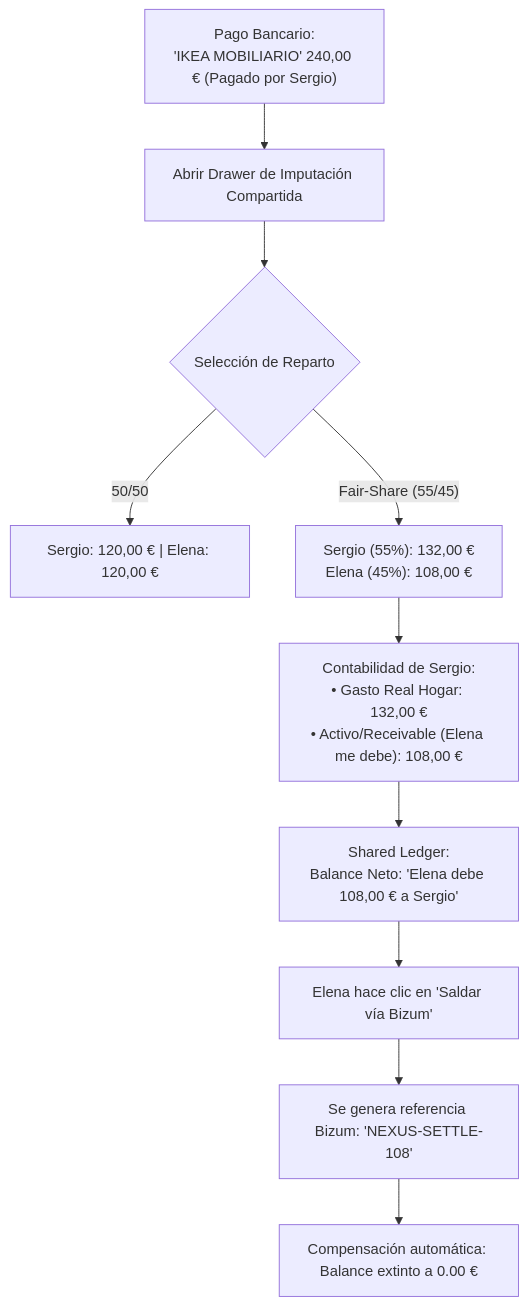
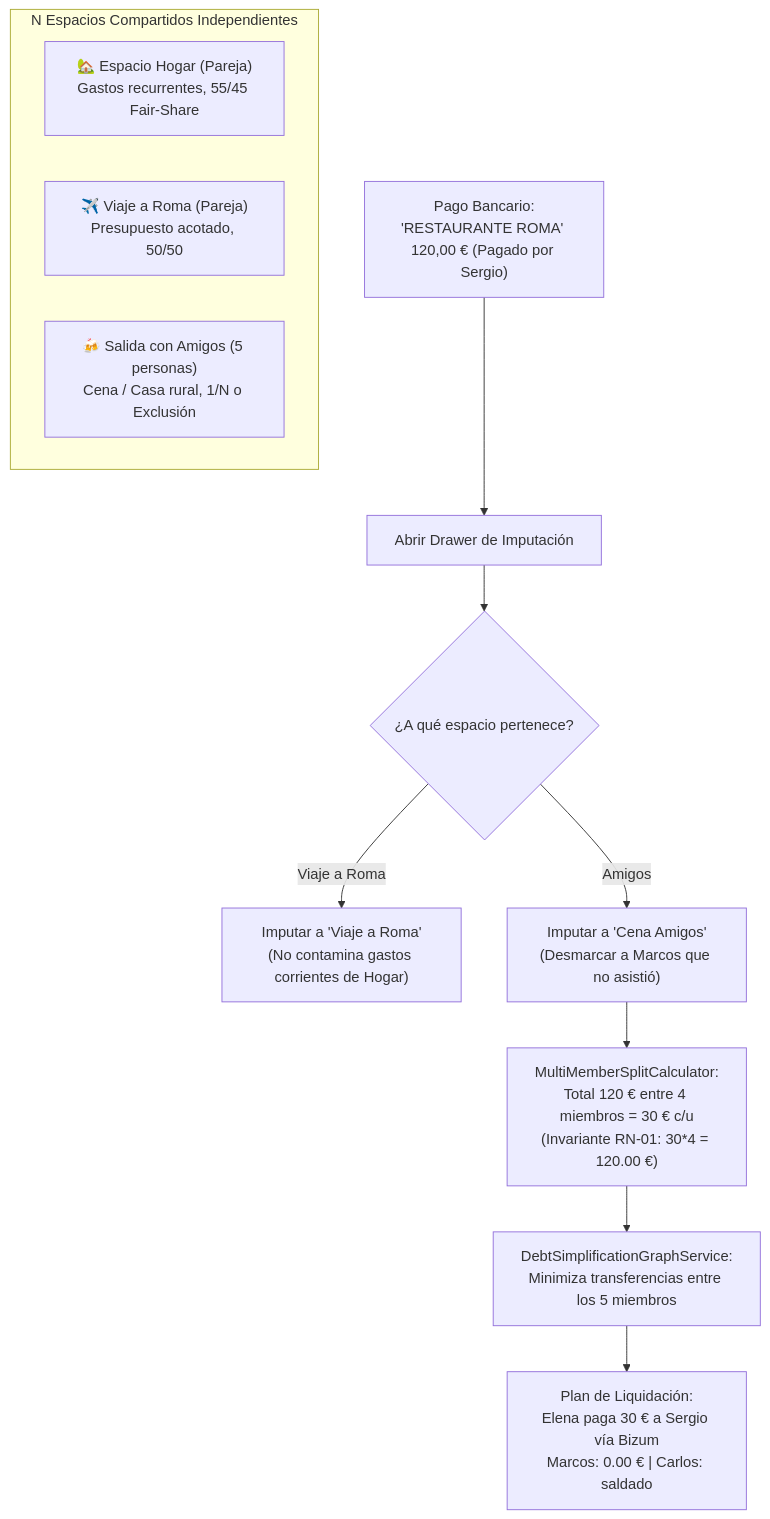
The sixth of 10 diagrams in docs/DOCUMENTO_FUNCIONAL_NEXUS_AURA.md (serchodm/Nexus), drawn with Mermaid before and after one commit. The commit also changed other lines of this file and 6 other files, not shown here.

Commit message:
feat: add comprehensive specification and tasks for multi-space shared expenses feature

````diff
--- a/docs/DOCUMENTO_FUNCIONAL_NEXUS_AURA.md
+++ b/docs/DOCUMENTO_FUNCIONAL_NEXUS_AURA.md
@@ -235,14 +237,17 @@
 ```mermaid
 flowchart TD
-    GastoBancario["Pago Bancario:<br/>'IKEA MOBILIARIO' 240,00 € (Pagado por Sergio)"] --> Drawer[Abrir Drawer de Imputación Compartida]
-    Drawer --> ConfigRatio{Selección de Reparto}
-    ConfigRatio -- 50/50 --> Split1["Sergio: 120,00 € | Elena: 120,00 €"]
-    ConfigRatio -- "Fair-Share (55/45)" --> Split2["Sergio (55%): 132,00 €<br/>Elena (45%): 108,00 €"]
-    
-    Split2 --> Contabilidad["Contabilidad de Sergio:<br/>• Gasto Real Hogar: 132,00 €<br/>• Activo/Receivable (Elena me debe): 108,00 €"]
-    Contabilidad --> Ledger["Shared Ledger:<br/>Balance Neto: 'Elena debe 108,00 € a Sergio'"]
-    
-    Ledger --> SettleEvent[Elena hace clic en 'Saldar vía Bizum']
-    SettleEvent --> BizumTrigger[Se genera referencia Bizum: 'NEXUS-SETTLE-108']
-    BizumTrigger --> OffsetDebt[Compensación automática: Balance extinto a 0.00 €]
+    subgraph Contextos ["N Espacios Compartidos Independientes"]
+        E1["🏡 Espacio Hogar (Pareja)<br/>Gastos recurrentes, 55/45 Fair-Share"]
+        E2["✈️ Viaje a Roma (Pareja)<br/>Presupuesto acotado, 50/50"]
+        E3["🍻 Salida con Amigos (5 personas)<br/>Cena / Casa rural, 1/N o Exclusión"]
+    end
+
+    GastoBancario["Pago Bancario:<br/>'RESTAURANTE ROMA' 120,00 € (Pagado por Sergio)"] --> Drawer[Abrir Drawer de Imputación]
+    Drawer --> SelectSpace{¿A qué espacio pertenece?}
+    SelectSpace -->|Viaje a Roma| RomaFlow["Imputar a 'Viaje a Roma'<br/>(No contamina gastos corrientes de Hogar)"]
+    SelectSpace -->|Amigos| AmigosFlow["Imputar a 'Cena Amigos'<br/>(Desmarcar a Marcos que no asistió)"]
+
+    AmigosFlow --> SplitCalc["MultiMemberSplitCalculator:<br/>Total 120 € entre 4 miembros = 30 € c/u<br/>(Invariante RN-01: 30*4 = 120.00 €)"]
+    SplitCalc --> DebtGraph["DebtSimplificationGraphService:<br/>Minimiza transferencias entre los 5 miembros"]
+    DebtGraph --> SettlePlan["Plan de Liquidación:<br/>Elena paga 30 € a Sergio vía Bizum<br/>Marcos: 0.00 € | Carlos: saldado"]
 ```
````
